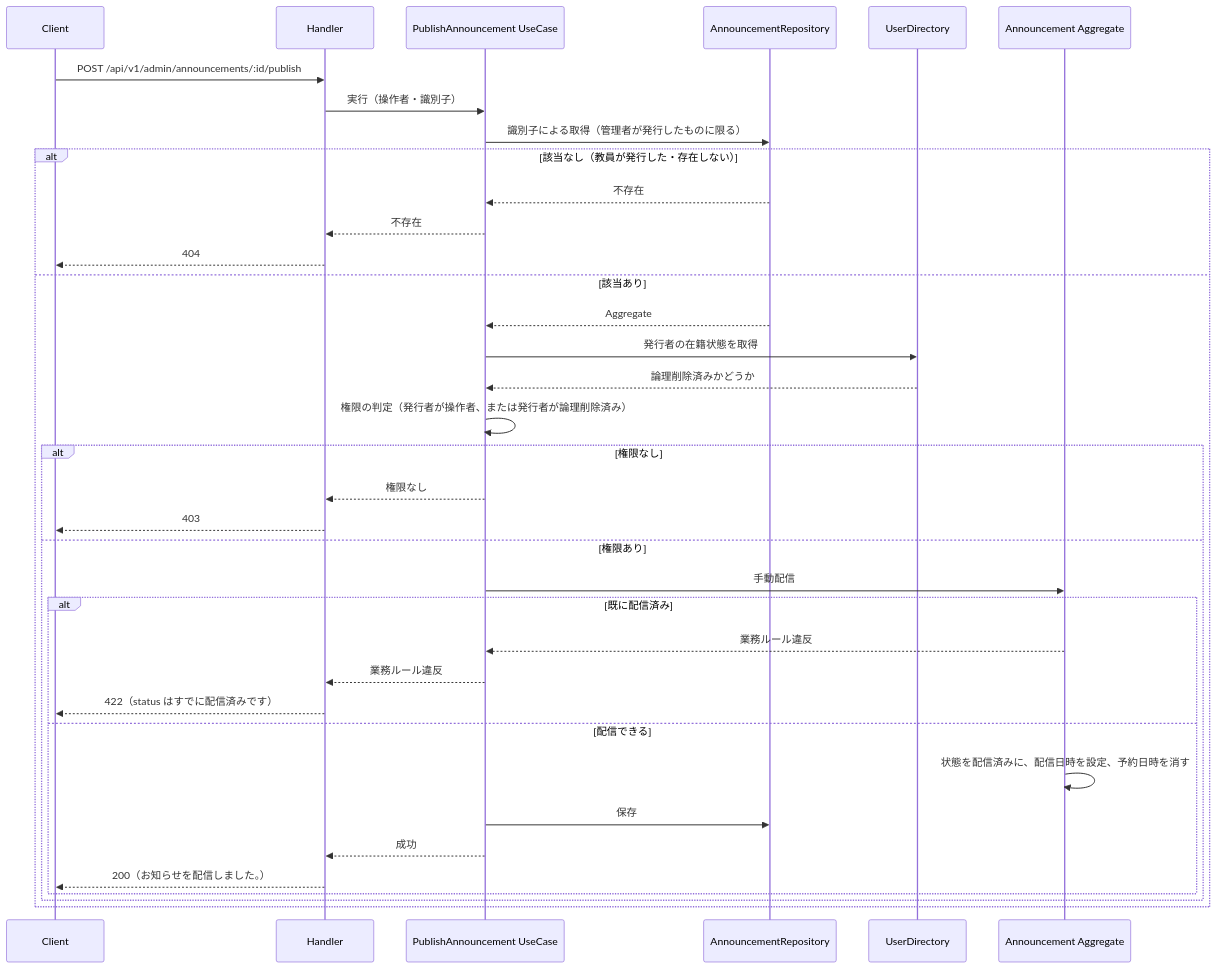
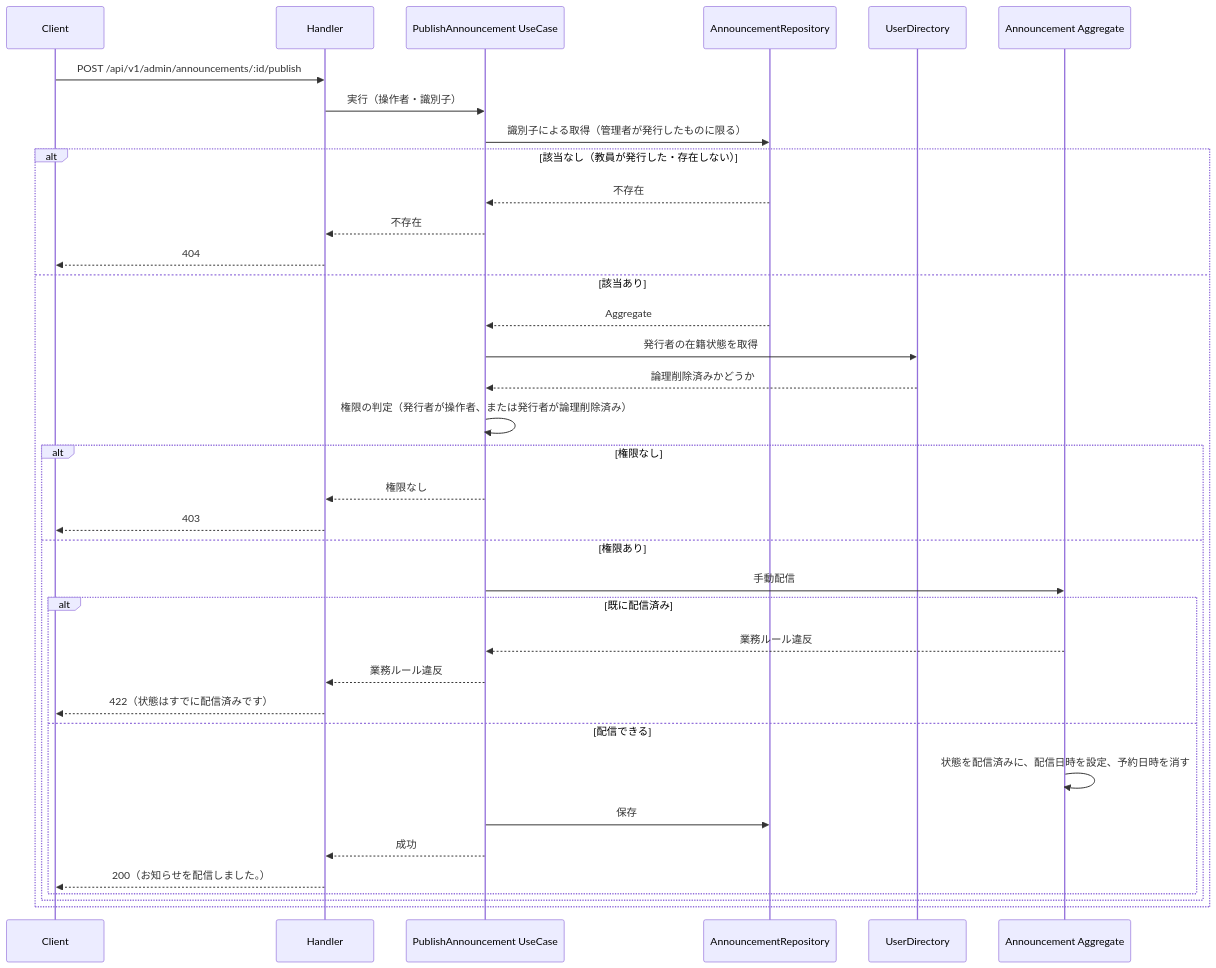
Before and after one commit to yuta20253/edu-platform-go-design: the fourth of 7 diagrams in 計画書/GO移行・設計仕様書/管理者お知らせ管理機能_Go移行・設計仕様書.md, drawn with Mermaid. The commit also changed other lines of this file and 71 other files, not shown here.

````diff
--- a/計画書/GO移行・設計仕様書/管理者お知らせ管理機能_Go移行・設計仕様書.md
+++ b/計画書/GO移行・設計仕様書/管理者お知らせ管理機能_Go移行・設計仕様書.md
@@ -527,39 +526,39 @@
 ```mermaid
 sequenceDiagram
     participant C as Client
     participant H as Handler
     participant U as PublishAnnouncement UseCase
     participant R as AnnouncementRepository
     participant UD as UserDirectory
     participant A as Announcement Aggregate
 
     C->>H: POST /api/v1/admin/announcements/:id/publish
     H->>U: 実行（操作者・識別子）
     U->>R: 識別子による取得（管理者が発行したものに限る）
     alt 該当なし（教員が発行した・存在しない）
         R-->>U: 不存在
         U-->>H: 不存在
         H-->>C: 404
     else 該当あり
         R-->>U: Aggregate
         U->>UD: 発行者の在籍状態を取得
         UD-->>U: 論理削除済みかどうか
         U->>U: 権限の判定（発行者が操作者、または発行者が論理削除済み）
         alt 権限なし
             U-->>H: 権限なし
             H-->>C: 403
         else 権限あり
             U->>A: 手動配信
             alt 既に配信済み
                 A-->>U: 業務ルール違反
                 U-->>H: 業務ルール違反
-                H-->>C: 422（status はすでに配信済みです）
+                H-->>C: 422（状態はすでに配信済みです）
             else 配信できる
                 A->>A: 状態を配信済みに、配信日時を設定、予約日時を消す
                 U->>R: 保存
                 U-->>H: 成功
                 H-->>C: 200（お知らせを配信しました。）
             end
         end
     end
 ```
````
